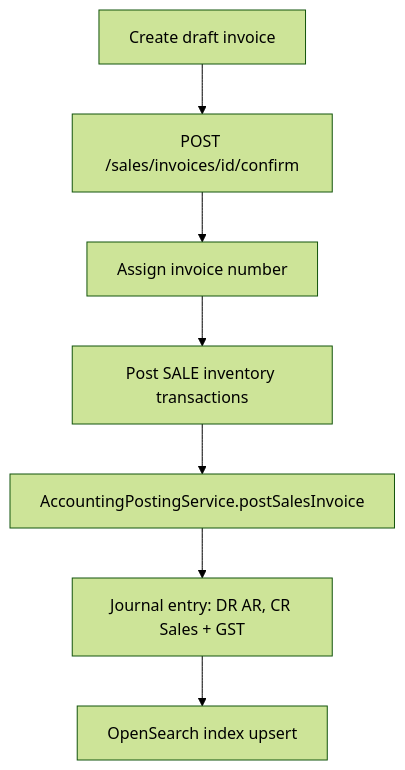
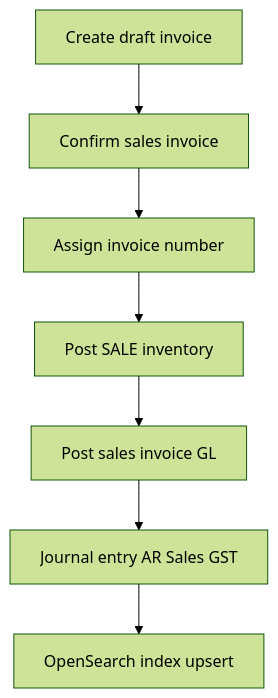
One commit to defector221/FlowLedgerAPI changed the fifth of 6 diagrams in README.md. Above: the diagram before and after it, drawn with Mermaid (forest theme). The commit also changed other lines of this file and 15 other files, not shown here.

````diff
--- a/README.md
+++ b/README.md
@@ -158,9 +157,9 @@
 ```mermaid
 flowchart TD
-  Draft[Create draft invoice] --> Confirm[POST /sales/invoices/id/confirm]
-  Confirm --> Num[Assign invoice number]
-  Num --> Inv[Post SALE inventory transactions]
-  Inv --> GL[AccountingPostingService.postSalesInvoice]
-  GL --> JE[Journal entry: DR AR, CR Sales + GST]
-  JE --> Search[OpenSearch index upsert]
+  Draft["Create draft invoice"] --> Confirm["Confirm sales invoice"]
+  Confirm --> Num["Assign invoice number"]
+  Num --> Inv["Post SALE inventory"]
+  Inv --> GL["Post sales invoice GL"]
+  GL --> JE["Journal entry AR Sales GST"]
+  JE --> Search["OpenSearch index upsert"]
 ```
````
